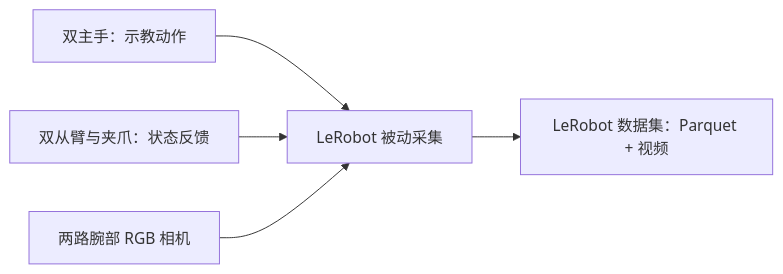
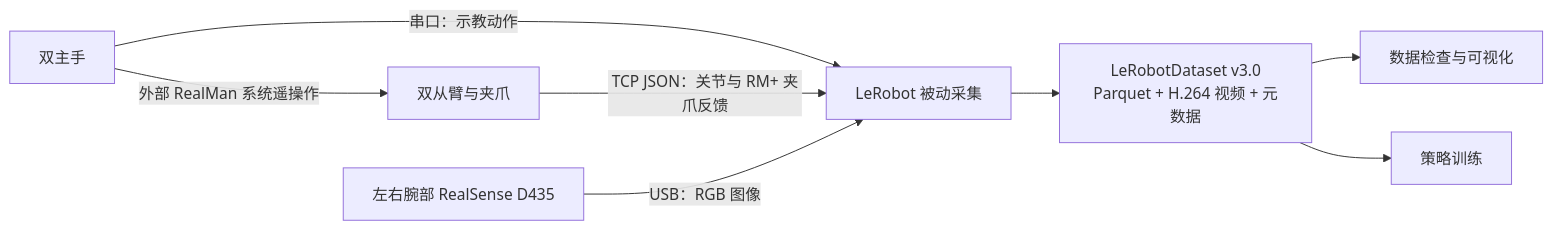
Before and after one commit to JIA-Z423/lerobot-realman: the diagram in README.md, drawn with Mermaid. The commit also changed other lines of this file and 1 other file, not shown here.

````diff
--- a/README.md
+++ b/README.md
@@ -17,7 +54,10 @@
 ```mermaid
 flowchart LR
-    M["双主手：示教动作"] --> R["LeRobot 被动采集"]
-    F["双从臂与夹爪：状态反馈"] --> R
-    C["两路腕部 RGB 相机"] --> R
-    R --> D["LeRobot 数据集：Parquet + 视频"]
+    M["双主手"] -->|"外部 RealMan 系统遥操作"| F["双从臂与夹爪"]
+    M -->|"串口：示教动作"| R["LeRobot 被动采集"]
+    F -->|"TCP JSON：关节与 RM+ 夹爪反馈"| R
+    C["左右腕部 RealSense D435"] -->|"USB：RGB 图像"| R
+    R --> D["LeRobotDataset v3.0<br/>Parquet + H.264 视频 + 元数据"]
+    D --> V["数据检查与可视化"]
+    D --> T["策略训练"]
 ```
````
